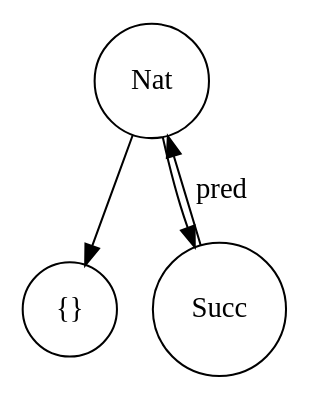
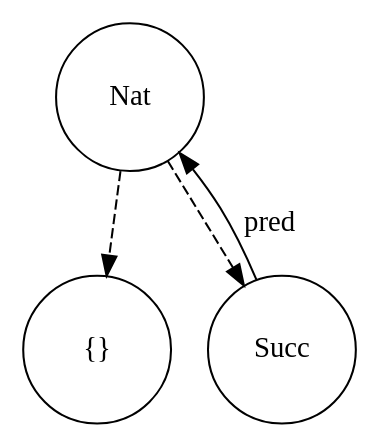
One commit to landerlo/stacc changed the diagram in talk/img/nat.dot. Above: the diagram before and after it, drawn with Graphviz. The commit also changed 4 other files, not shown here.

```diff
--- a/talk/img/nat.dot
+++ b/talk/img/nat.dot
@@ -1,12 +1,14 @@
 digraph Nat {
-edge [splines=curved]
+splines=true
 
-node [shape=circle]
+edge [len = 4]
+
+node [shape=circle, width=1]
 
 Z [label="{}"]
 
-Nat -> Succ 
-Nat -> Z
-Succ -> Nat [label="pred"]
+Nat -> Succ [style = "dashed"]
+Nat -> Z [style = "dashed"]
+Succ -> Nat [label="pred", constraint=false]
 
 }
```
